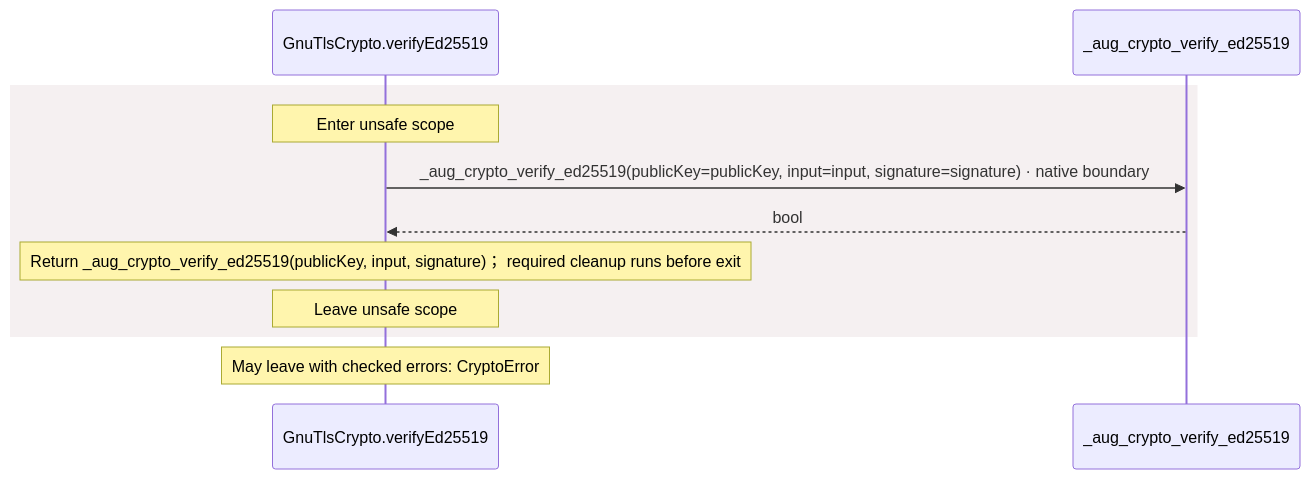
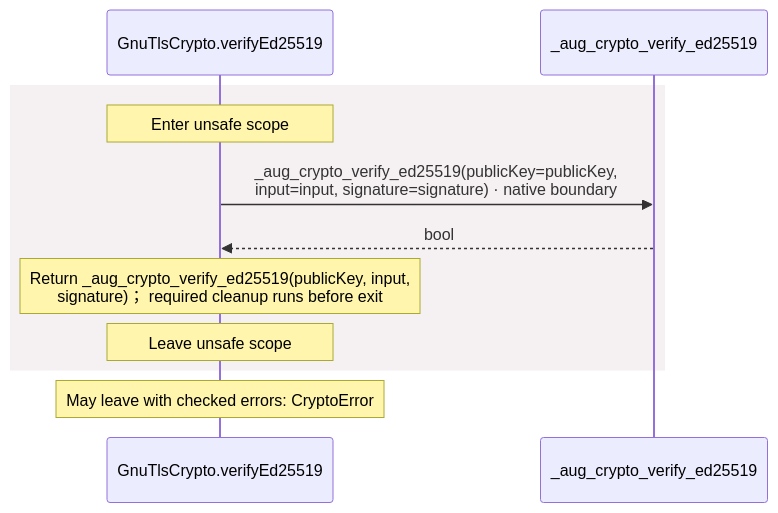
Before and after one commit to GreenPandaStudios/augscript: the ninth of 15 diagrams in src/stdlib/crypto/contracts.aug.diagrams.md, drawn with Mermaid. The commit also changed other lines of this file and 200 other files, not shown here.

Commit message:
Group imported operations and wrap readable sequence messages

````diff
--- a/src/stdlib/crypto/contracts.aug.diagrams.md
+++ b/src/stdlib/crypto/contracts.aug.diagrams.md
@@ -403,13 +403,13 @@
 ```mermaid
 sequenceDiagram
     participant p0 as GnuTlsCrypto.verifyEd25519
     participant p1 as _aug_crypto_verify_ed25519
     rect rgb(245, 240, 241)
     Note over p0: Enter unsafe scope
-    p0->>p1: _aug_crypto_verify_ed25519(publicKey=publicKey, input=input, signature=signature) · native boundary
+    p0->>p1: _aug_crypto_verify_ed25519(publicKey=publicKey,<br/>input=input, signature=signature) · native boundary
     p1-->>p0: bool
-    Note over p0: Return _aug_crypto_verify_ed25519(publicKey, input, signature)； required cleanup runs before exit
+    Note over p0: Return _aug_crypto_verify_ed25519(publicKey, input,<br/>signature)； required cleanup runs before exit
     Note over p0: Leave unsafe scope
     end
     Note over p0: May leave with checked errors: CryptoError
 ```
````
